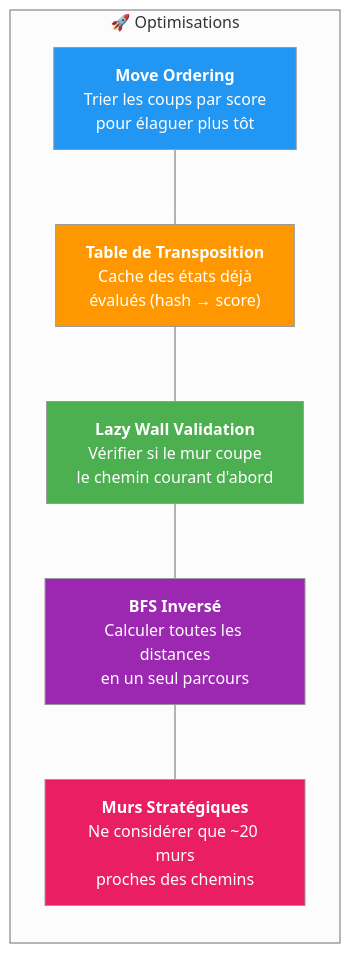
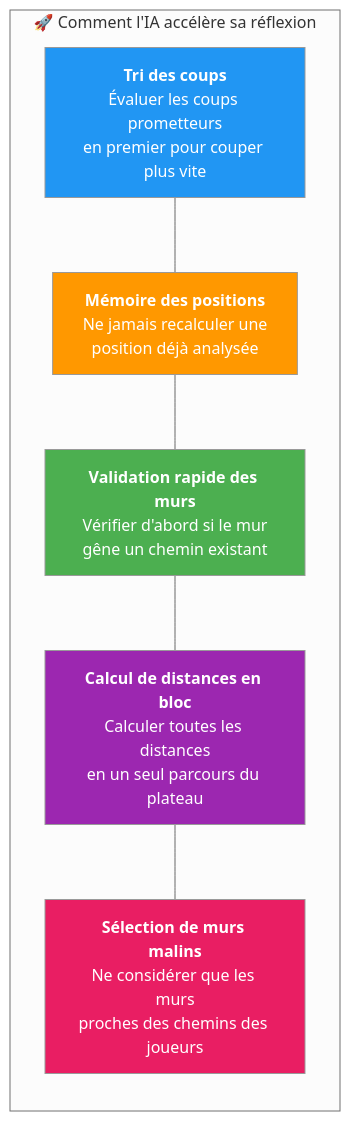
One commit to Silou1/Projet_mecatronique_I3 changed the fourth of 4 diagrams in flowcharts/02_logique_ia.md. Above: the diagram before and after it, drawn with Mermaid (neutral theme). The commit also changed other lines of this file and 3 other files, not shown here.

Commit message:
docs: simplify flowcharts with plain-language descriptions

````diff
--- a/flowcharts/02_logique_ia.md
+++ b/flowcharts/02_logique_ia.md
@@ -132,19 +132,19 @@
 ```mermaid
 flowchart LR
-    subgraph "🚀 Optimisations"
+    subgraph "🚀 Comment l'IA accélère sa réflexion"
         direction TB
-        OPT1["<b>Move Ordering</b><br/>Trier les coups par score<br/>pour élaguer plus tôt"]
-        OPT2["<b>Table de Transposition</b><br/>Cache des états déjà<br/>évalués (hash → score)"]
-        OPT3["<b>Lazy Wall Validation</b><br/>Vérifier si le mur coupe<br/>le chemin courant d'abord"]
-        OPT4["<b>BFS Inversé</b><br/>Calculer toutes les distances<br/>en un seul parcours"]
-        OPT5["<b>Murs Stratégiques</b><br/>Ne considérer que ~20 murs<br/>proches des chemins"]
+        OPT1["<b>Tri des coups</b><br/>Évaluer les coups prometteurs<br/>en premier pour couper plus vite"]
+        OPT2["<b>Mémoire des positions</b><br/>Ne jamais recalculer une<br/>position déjà analysée"]
+        OPT3["<b>Validation rapide des murs</b><br/>Vérifier d'abord si le mur<br/>gêne un chemin existant"]
+        OPT4["<b>Calcul de distances en bloc</b><br/>Calculer toutes les distances<br/>en un seul parcours du plateau"]
+        OPT5["<b>Sélection de murs malins</b><br/>Ne considérer que les murs<br/>proches des chemins des joueurs"]
     end
 
     OPT1 --- OPT2 --- OPT3 --- OPT4 --- OPT5
 
     style OPT1 fill:#2196F3,color:#fff
     style OPT2 fill:#FF9800,color:#fff
     style OPT3 fill:#4CAF50,color:#fff
     style OPT4 fill:#9C27B0,color:#fff
     style OPT5 fill:#E91E63,color:#fff
 ```
````
